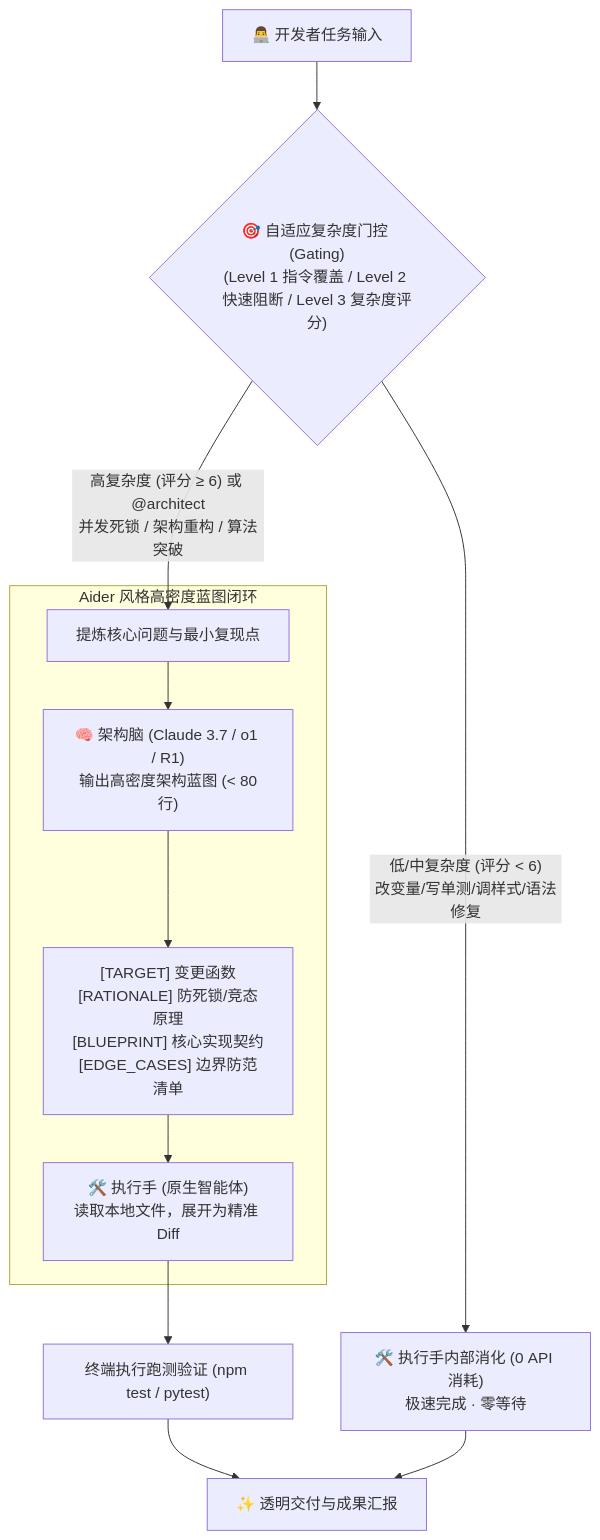
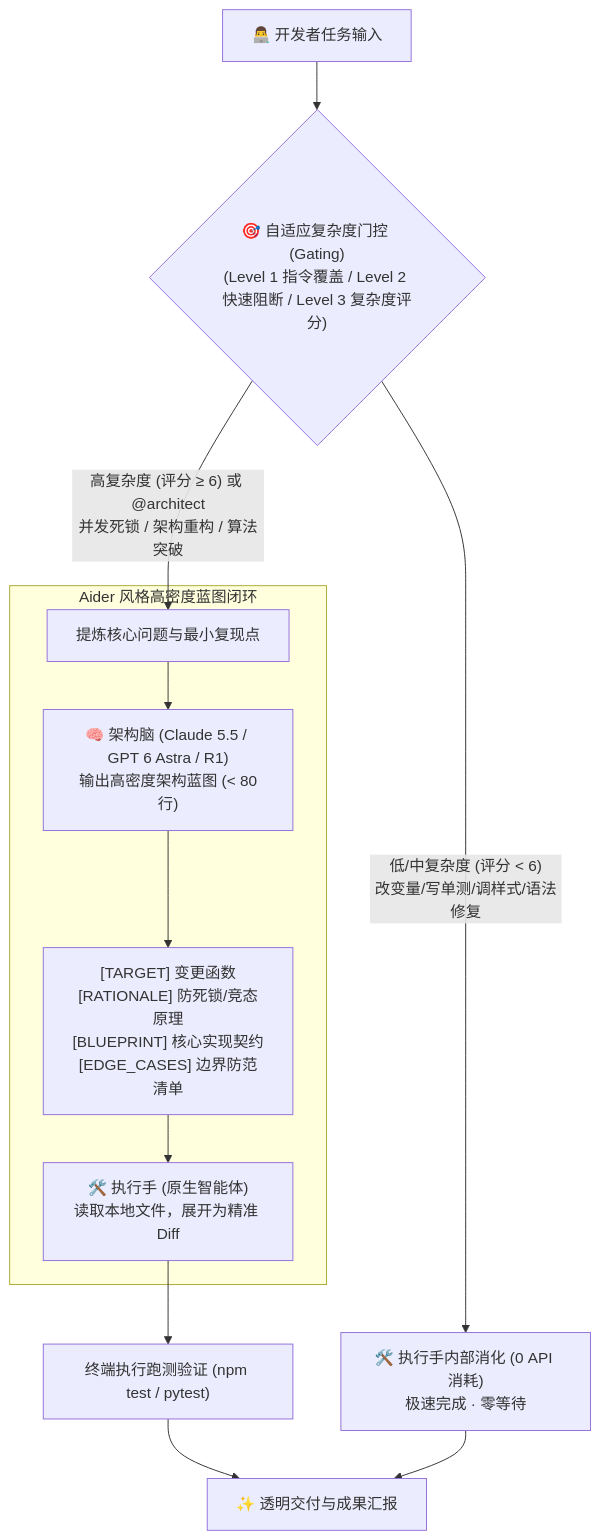
Before and after one commit to garydak/twin-engine-orchestration: the diagram in README.md, drawn with Mermaid. The commit also changed other lines of this file and 5 other files, not shown here.

Commit message:
docs: modernize architect brain references to Claude 5.5 & GPT 6 Astra

````diff
--- a/README.md
+++ b/README.md
@@ -33,18 +33,18 @@
 ```mermaid
 flowchart TD
     User["👨‍💻 开发者任务输入"] --> Gating{"🎯 自适应复杂度门控 (Gating)<br>(Level 1 指令覆盖 / Level 2 快速阻断 / Level 3 复杂度评分)"}
     
     Gating -->|"低/中复杂度 (评分 < 6)<br>改变量/写单测/调样式/语法修复"| HandsSelf["🛠️ 执行手内部消化 (0 API 消耗)<br>极速完成 · 零等待"]
     
     Gating -->|"高复杂度 (评分 ≥ 6) 或 @architect<br>并发死锁 / 架构重构 / 算法突破"| ExtractContext["提炼核心问题与最小复现点"]
     
     subgraph BlueprintWorkflow["Aider 风格高密度蓝图闭环"]
-        ExtractContext --> Brain["🧠 架构脑 (Claude 3.7 / o1 / R1)<br>输出高密度架构蓝图 (&lt; 80行)"]
+        ExtractContext --> Brain["🧠 架构脑 (Claude 5.5 / GPT 6 Astra / R1)<br>输出高密度架构蓝图 (&lt; 80行)"]
         Brain --> Blueprint["[TARGET] 变更函数<br>[RATIONALE] 防死锁/竞态原理<br>[BLUEPRINT] 核心实现契约<br>[EDGE_CASES] 边界防范清单"]
         Blueprint --> HandsApply["🛠️ 执行手 (原生智能体)<br>读取本地文件，展开为精准 Diff"]
     end
     
     HandsApply --> Test["终端执行跑测验证 (npm test / pytest)"]
     Test --> Result["✨ 透明交付与成果汇报"]
     HandsSelf --> Result
 ```
````
